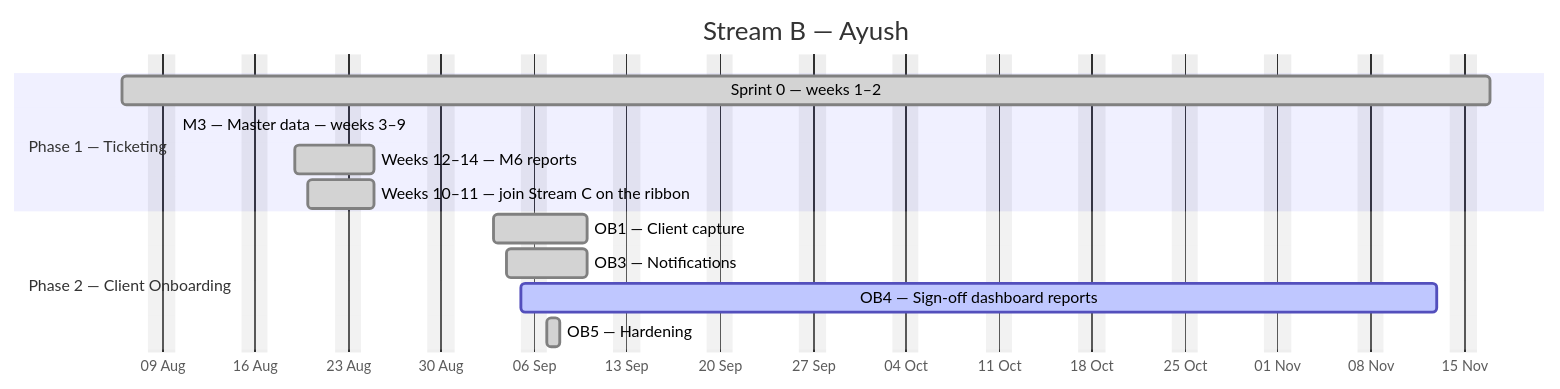
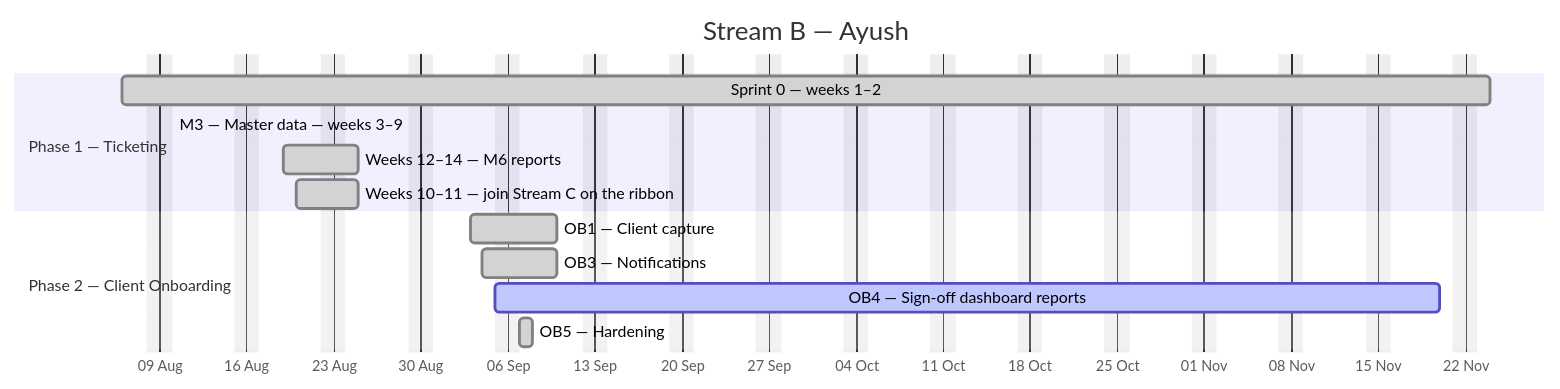
One commit to debashisedunext/EduTrack changed the second of 4 diagrams in docs/plan/GANTT.md. Above: the diagram before and after it, drawn with Mermaid. The commit also changed other lines of this file and 2 other files, not shown here.

````diff
--- a/docs/plan/GANTT.md
+++ b/docs/plan/GANTT.md
@@ -135,17 +135,17 @@
 ```mermaid
 gantt
     dateFormat YYYY-MM-DD
     axisFormat %d %b
     title Stream B — Ayush
     excludes weekends
     section Phase 1 — Ticketing
-    Sprint 0 — weeks 1–2 :done, b0, 2026-08-06, 73d
-    M3 — Master data — weeks 3–9 :done, b1, 2026-08-10, -60d
+    Sprint 0 — weeks 1–2 :done, b0, 2026-08-06, 78d
+    M3 — Master data — weeks 3–9 :done, b1, 2026-08-10, -65d
     Weeks 12–14 — M6 reports :done, b2, 2026-08-19, 4d
     Weeks 10–11 — join Stream C on the ribbon :done, b3, 2026-08-20, 3d
     section Phase 2 — Client Onboarding
     OB1 — Client capture :done, b4, 2026-09-03, 5d
     OB3 — Notifications :done, b5, 2026-09-04, 4d
-    OB4 — Sign-off  dashboard  reports :active, b6, 2026-09-05, 50d
+    OB4 — Sign-off  dashboard  reports :active, b6, 2026-09-05, 55d
     OB5 — Hardening :done, b7, 2026-09-07, 1d
 ```
````
